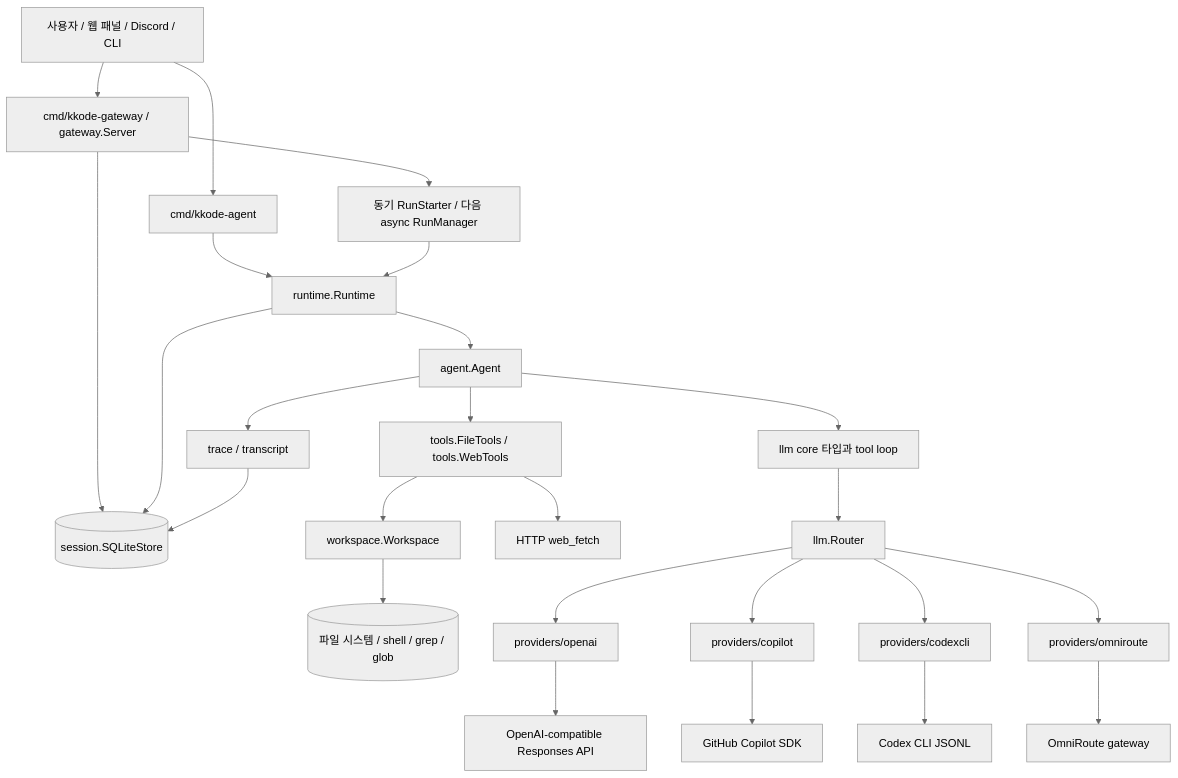
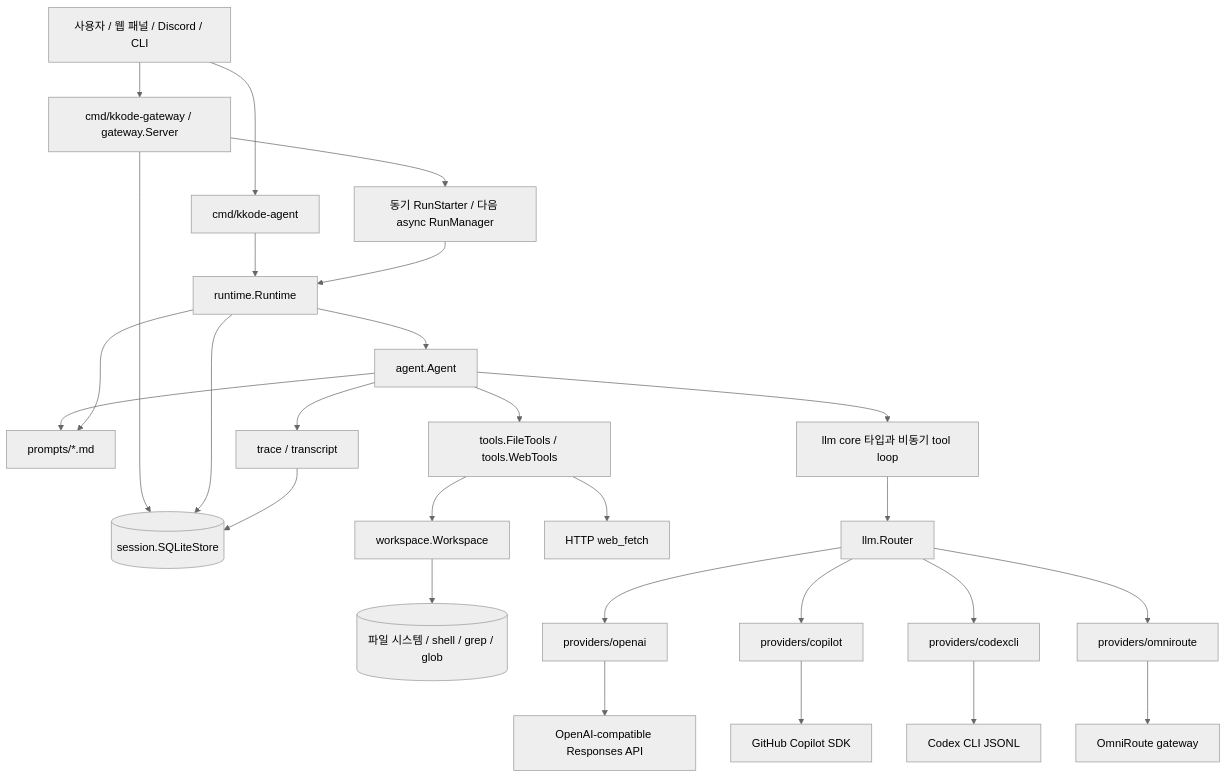
The first of 4 diagrams in README.md (sleepysoong/kkode), drawn with Mermaid (neutral theme) before and after one commit. The commit also changed other lines of this file and 20 other files, not shown here.

````diff
--- a/README.md
+++ b/README.md
@@ -14,32 +14,34 @@
 ```mermaid
 graph TD
     User[사용자 / 웹 패널 / Discord / CLI] --> CLI[cmd/kkode-agent]
     User --> GW[cmd/kkode-gateway / gateway.Server]
 
     CLI --> RT[runtime.Runtime]
     GW --> Store[(session.SQLiteStore)]
     GW --> SyncRunStarter[동기 RunStarter / 다음 async RunManager]
     SyncRunStarter --> RT
 
     RT --> Agent[agent.Agent]
     RT --> Store
-    Agent --> Core[llm core 타입과 tool loop]
+    Agent --> PromptTemplates[prompts/*.md]
+    RT --> PromptTemplates
+    Agent --> Core[llm core 타입과 비동기 tool loop]
     Agent --> Tools[tools.FileTools / tools.WebTools]
     Tools --> WS[workspace.Workspace]
     WS --> FS[(파일 시스템 / shell / grep / glob)]
     Tools --> Web[HTTP web_fetch]
 
     Core --> Router[llm.Router]
     Router --> OpenAI[providers/openai]
     Router --> Copilot[providers/copilot]
     Router --> Codex[providers/codexcli]
     Router --> OmniRoute[providers/omniroute]
 
     OpenAI --> ModelAPI[OpenAI-compatible Responses API]
     Copilot --> CopilotSDK[GitHub Copilot SDK]
     Codex --> CodexCLI[Codex CLI JSONL]
     OmniRoute --> OmniRouteAPI[OmniRoute gateway]
 
     Agent --> Trace[trace / transcript]
     Trace --> Store
 ```
````
